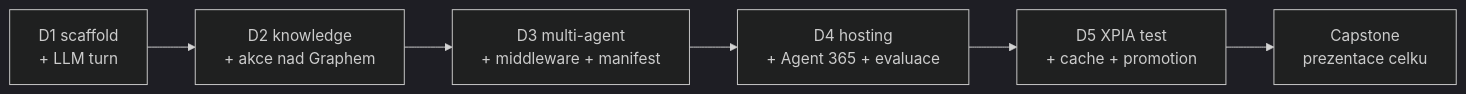
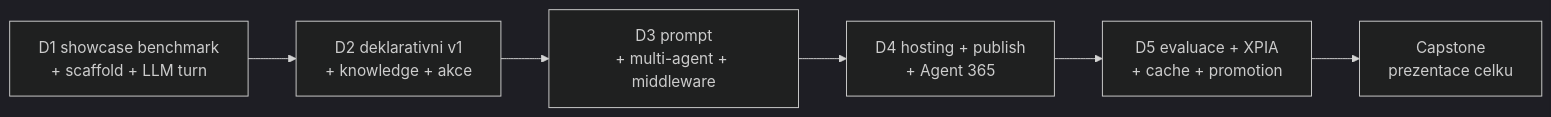
The diagram in agenda.md (MalasekPetr/gopas-spo_copilot), drawn with Mermaid (dark theme) before and after one commit. The commit also changed other lines of this file and 69 other files, not shown here.

````diff
--- a/agenda.md
+++ b/agenda.md
@@ -96,8 +115,8 @@
 ```mermaid
 flowchart LR
-  D1[D1 scaffold<br/>+ LLM turn] --> D2[D2 knowledge<br/>+ akce nad Graphem]
-  D2 --> D3[D3 multi-agent<br/>+ middleware + manifest]
-  D3 --> D4[D4 hosting<br/>+ Agent 365 + evaluace]
-  D4 --> D5[D5 XPIA test<br/>+ cache + promotion]
+  D1[D1 showcase benchmark<br/>+ scaffold + LLM turn] --> D2[D2 deklarativni v1<br/>+ knowledge + akce]
+  D2 --> D3[D3 prompt<br/>+ multi-agent + middleware]
+  D3 --> D4[D4 hosting + publish<br/>+ Agent 365]
+  D4 --> D5[D5 evaluace + XPIA<br/>+ cache + promotion]
   D5 --> C[Capstone<br/>prezentace celku]
 ```
````
